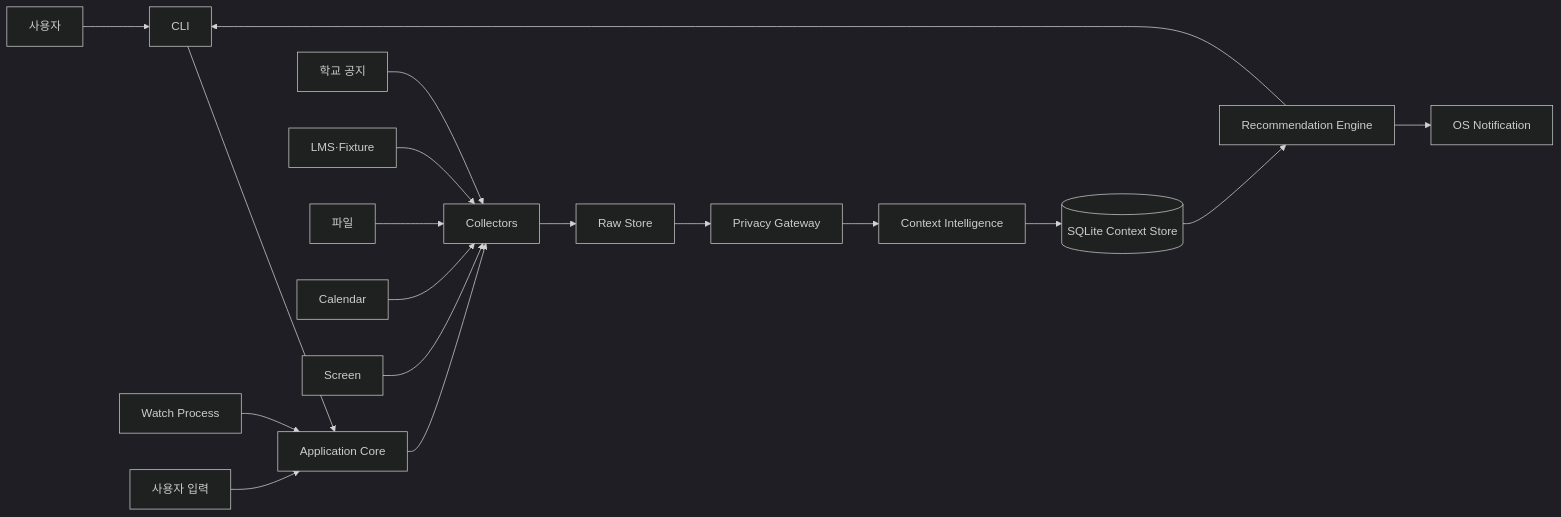
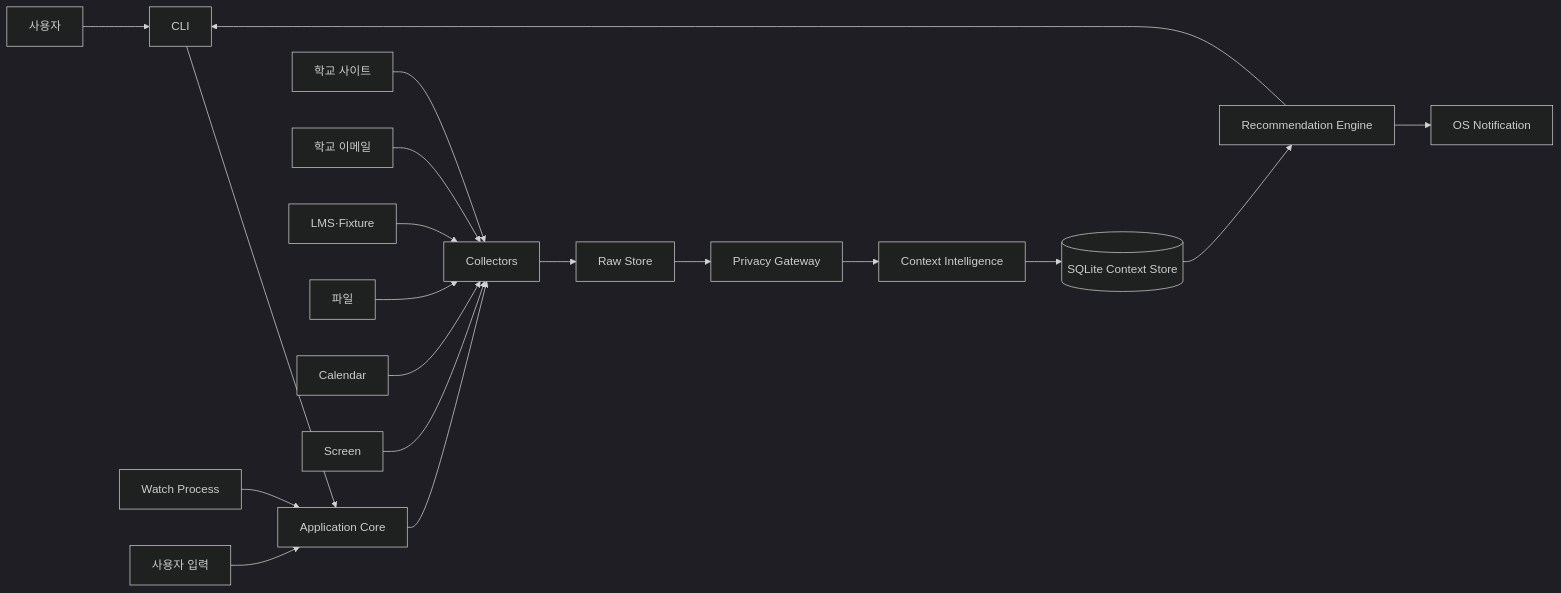
Before and after one commit to madcamp-official/dododo: the diagram in docs/architecture.md, drawn with Mermaid (dark theme). The commit also changed other lines of this file and 11 other files, not shown here.

````diff
--- a/docs/architecture.md
+++ b/docs/architecture.md
@@ -14,23 +14,24 @@
 ```mermaid
 flowchart LR
     USER["사용자"] --> CLI["CLI"]
     CLI --> CORE["Application Core"]
     WATCH["Watch Process"] --> CORE
 
     CORE --> COLLECT["Collectors"]
     COLLECT --> RAW["Raw Store"]
     RAW --> PRIVACY["Privacy Gateway"]
     PRIVACY --> INTEL["Context Intelligence"]
     INTEL --> DB[("SQLite Context Store")]
 
     DB --> RECOMMEND["Recommendation Engine"]
     RECOMMEND --> CLI
     RECOMMEND --> NOTIFY["OS Notification"]
 
-    SCHOOL["학교 공지"] --> COLLECT
+    SCHOOL["학교 사이트"] --> COLLECT
+    EMAIL["학교 이메일"] --> COLLECT
     LMS["LMS·Fixture"] --> COLLECT
     FILE["파일"] --> COLLECT
     CAL["Calendar"] --> COLLECT
     SCREEN["Screen"] --> COLLECT
     TEXT["사용자 입력"] --> CORE
 ```
````
